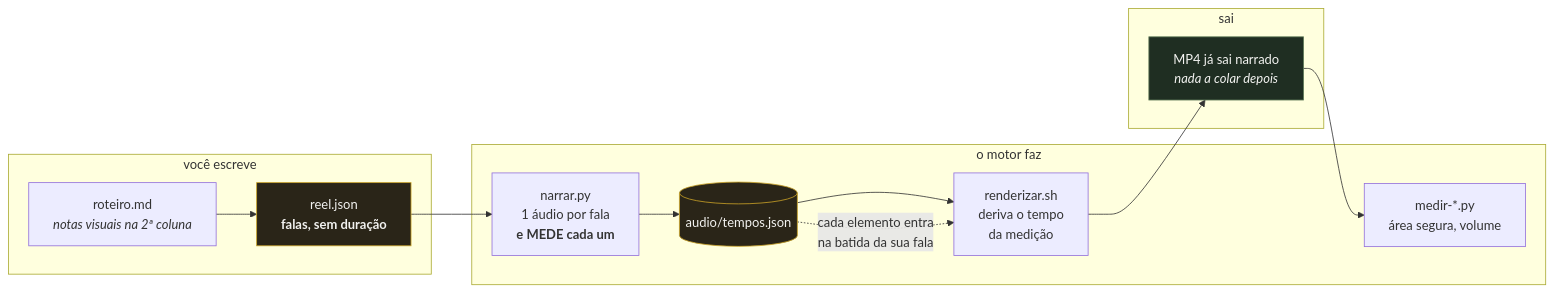
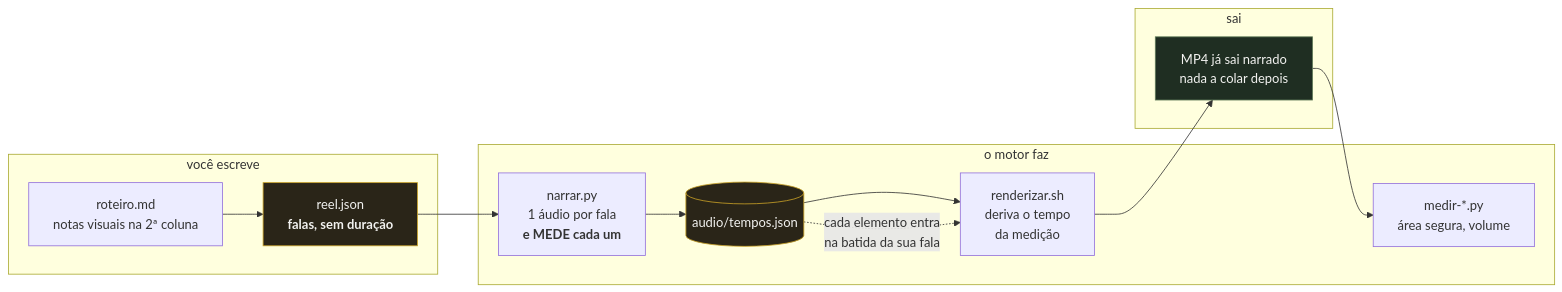
One commit to claudiogpt/motor-de-canal changed the first of 2 diagrams in README.md. Above: the diagram before and after it, drawn with Mermaid. The commit also changed 5 other files, not shown here.

````diff
--- a/README.md
+++ b/README.md
@@ -10,25 +10,25 @@
 ```mermaid
 flowchart LR
     subgraph VOCE["você escreve"]
-        R["roteiro.md<br/><i>notas visuais na 2ª coluna</i>"]
+        R["roteiro.md<br/>notas visuais na 2ª coluna"]
         J["reel.json<br/><b>falas, sem duração</b>"]
     end
 
     subgraph MOTOR["o motor faz"]
         N["narrar.py<br/>1 áudio por fala<br/><b>e MEDE cada um</b>"]
         T[("audio/tempos.json")]
         RE["renderizar.sh<br/>deriva o tempo<br/>da medição"]
         ME["medir-*.py<br/>área segura, volume"]
     end
 
     subgraph SAI["sai"]
-        MP4["MP4 já sai narrado<br/><i>nada a colar depois</i>"]
+        MP4["MP4 já sai narrado<br/>nada a colar depois"]
     end
 
     R --> J --> N --> T --> RE --> MP4 --> ME
     T -.->|"cada elemento entra<br/>na batida da sua fala"| RE
 
     style J fill:#2a2518,stroke:#C9A227,color:#F2F2F0
     style T fill:#2a2518,stroke:#C9A227,color:#F2F2F0
     style MP4 fill:#1f2e22,stroke:#5F7A58,color:#F2F2F0
 ```
````
